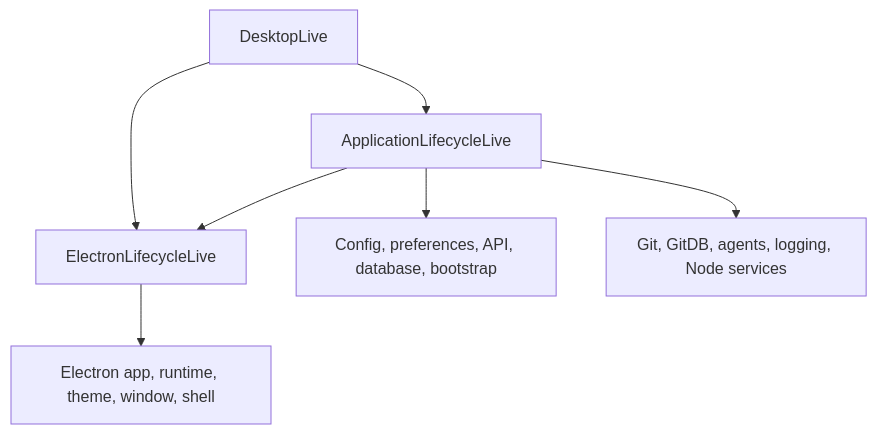
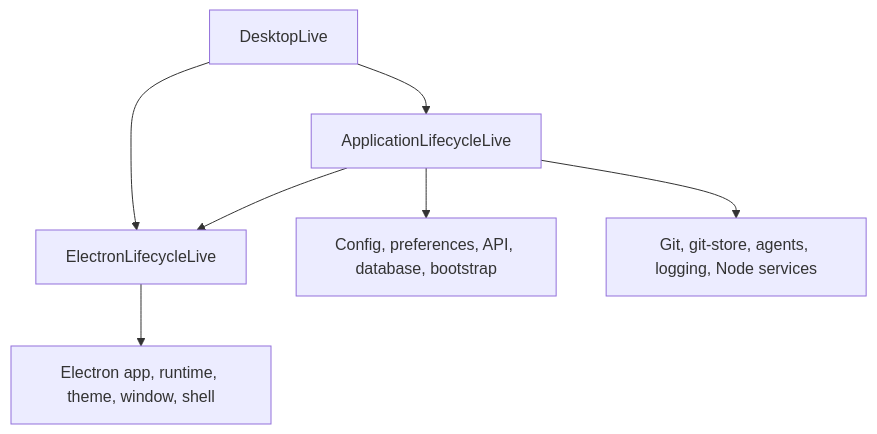
The second of 4 diagrams in packages/desktop/ARCHITECTURE.md (robertpitt/cycle), drawn with Mermaid before and after one commit. The commit also changed other lines of this file and 84 other files, not shown here.

Commit message:
Migrate git-db to new git-store

````diff
--- a/packages/desktop/ARCHITECTURE.md
+++ b/packages/desktop/ARCHITECTURE.md
@@ -140,16 +140,16 @@
 ```mermaid
 flowchart TD
   DesktopLive["DesktopLive"]
   ElectronLifecycle["ElectronLifecycleLive"]
   ApplicationLifecycle["ApplicationLifecycleLive"]
   ElectronServices["Electron app, runtime, theme, window, shell"]
   ApplicationServices["Config, preferences, API, database, bootstrap"]
-  ExternalServices["Git, GitDB, agents, logging, Node services"]
+  ExternalServices["Git, git-store, agents, logging, Node services"]
 
   DesktopLive --> ElectronLifecycle
   DesktopLive --> ApplicationLifecycle
   ElectronLifecycle --> ElectronServices
   ApplicationLifecycle --> ApplicationServices
   ApplicationLifecycle --> ExternalServices
   ApplicationLifecycle --> ElectronLifecycle
 ```
````
